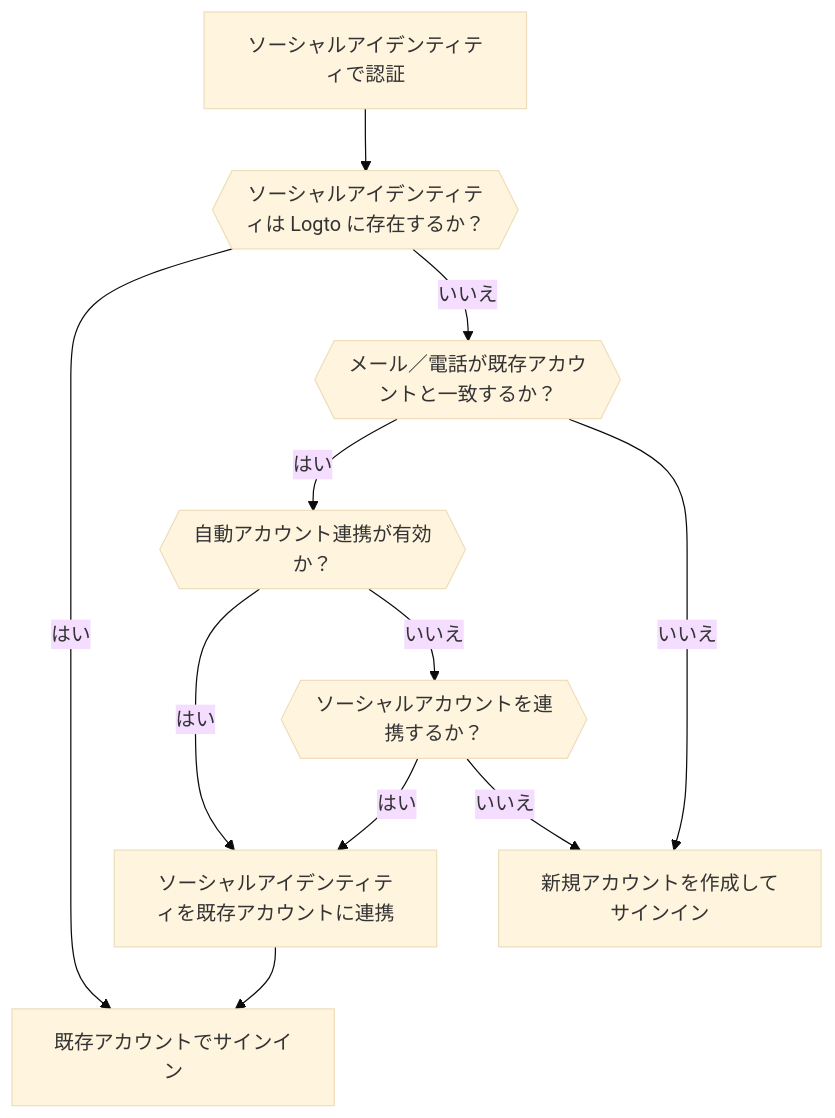
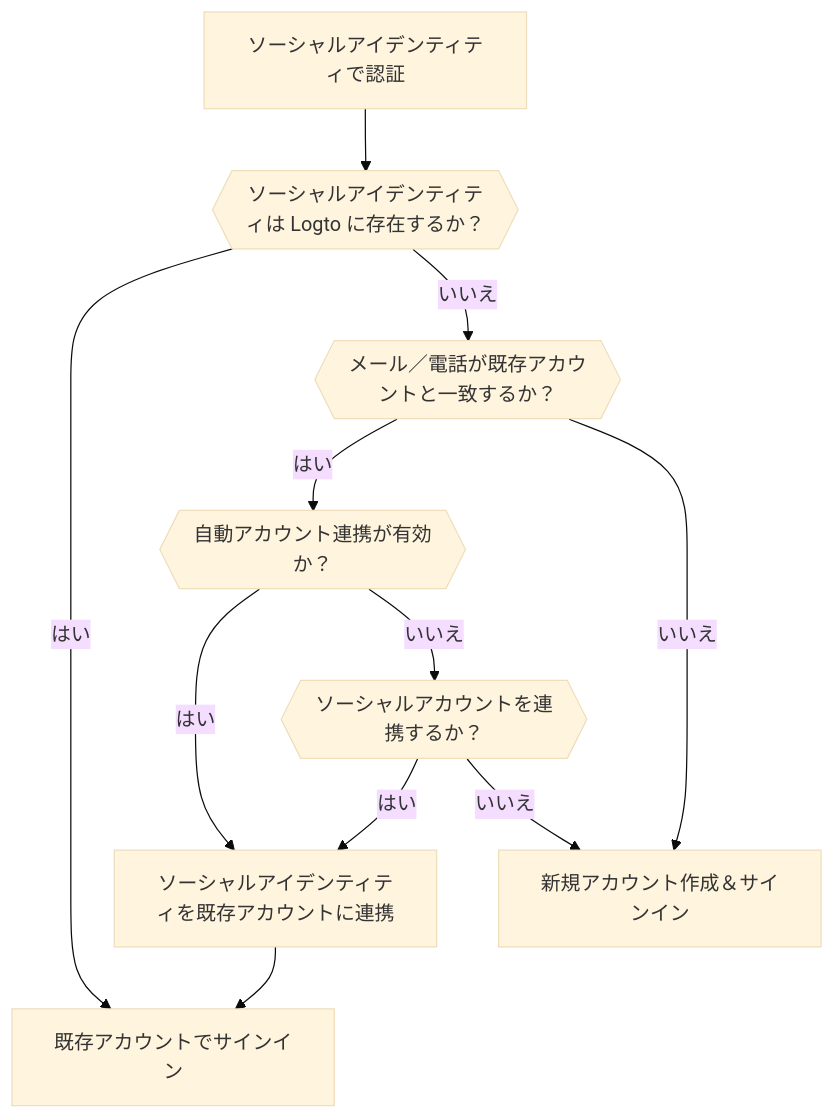
The second of 6 diagrams in i18n/ja/docusaurus-plugin-content-docs/current/end-user-flows/sign-up-and-sign-in/social-sign-in.mdx (logto-io/docs), drawn with Mermaid (base theme) before and after one commit. The commit also changed other lines of this file and 666 other files, not shown here.

````diff
--- a/i18n/ja/docusaurus-plugin-content-docs/current/end-user-flows/sign-up-and-sign-in/social-sign-in.mdx
+++ b/i18n/ja/docusaurus-plugin-content-docs/current/end-user-flows/sign-up-and-sign-in/social-sign-in.mdx
@@ -86,13 +86,13 @@
     ```mermaid
     flowchart TD
     A[ソーシャルアイデンティティで認証] --> B{{ソーシャルアイデンティティは Logto に存在するか？}}
     B -- はい --> C[既存アカウントでサインイン]
     B -- いいえ --> D{{メール／電話が既存アカウントと一致するか？}}
     D -- はい --> E{{自動アカウント連携が有効か？}}
     E -- はい --> G[ソーシャルアイデンティティを既存アカウントに連携]
     G --> C
-    D -- いいえ --> H[新規アカウントを作成してサインイン]
+    D -- いいえ --> H[新規アカウント作成＆サインイン]
     E -- いいえ --> I{{ソーシャルアカウントを連携するか？}}
     I -- はい --> G
     I -- いいえ --> H
     ```
````
